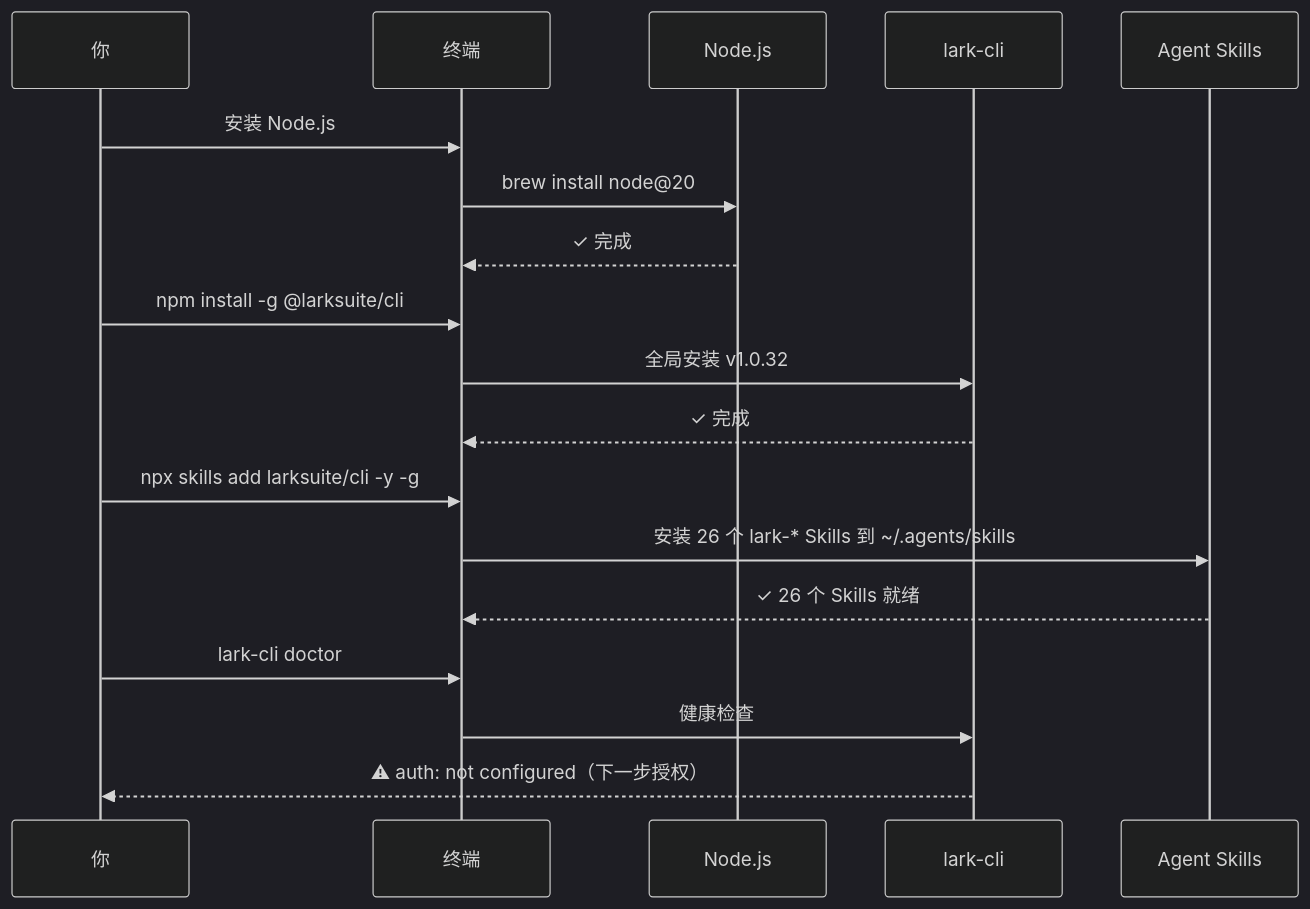
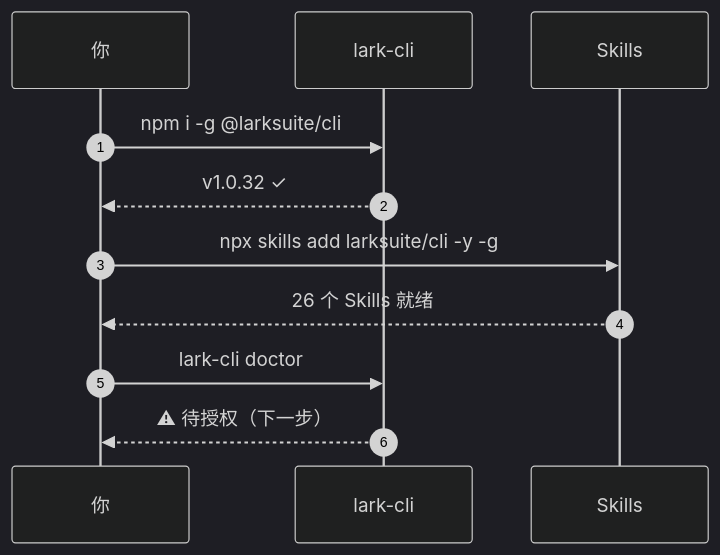
Before and after one commit to ymzlsy/wiki: the seventh of 16 diagrams in lark-cli/index.md, drawn with Mermaid (dark theme). The commit also changed other lines of this file and 2 other files, not shown here.

First line of the commit message:
feat(lark-cli): rewrite Ch1 vs 智能伙伴/智能体 + shrink mermaid diagrams

````diff
--- a/lark-cli/index.md
+++ b/lark-cli/index.md
@@ -353,21 +412,13 @@
 ```mermaid
 sequenceDiagram
+    autonumber
     participant U as 你
-    participant T as 终端
-    participant N as Node.js
     participant C as lark-cli
-    participant S as Agent Skills
-
-    U->>T: 安装 Node.js
-    T->>N: brew install node@20
-    N-->>T: ✓ 完成
-    U->>T: npm install -g @larksuite/cli
-    T->>C: 全局安装 v1.0.32
-    C-->>T: ✓ 完成
-    U->>T: npx skills add larksuite/cli -y -g
-    T->>S: 安装 26 个 lark-* Skills 到 ~/.agents/skills
-    S-->>T: ✓ 26 个 Skills 就绪
-    U->>T: lark-cli doctor
-    T->>C: 健康检查
-    C-->>U: ⚠ auth: not configured（下一步授权）
+    participant S as Skills
+    U->>C: npm i -g @larksuite/cli
+    C-->>U: v1.0.32 ✓
+    U->>S: npx skills add larksuite/cli -y -g
+    S-->>U: 26 个 Skills 就绪
+    U->>C: lark-cli doctor
+    C-->>U: ⚠ 待授权（下一步）
 ```
````
